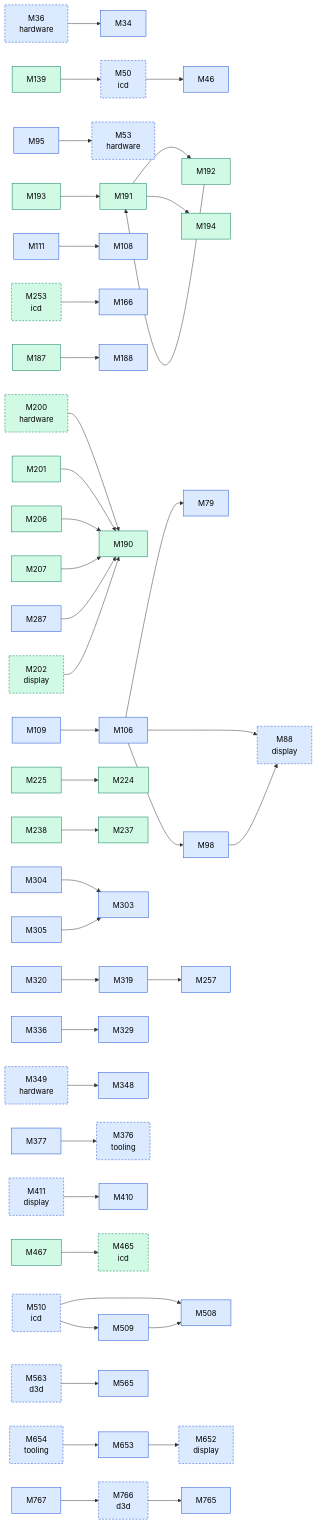
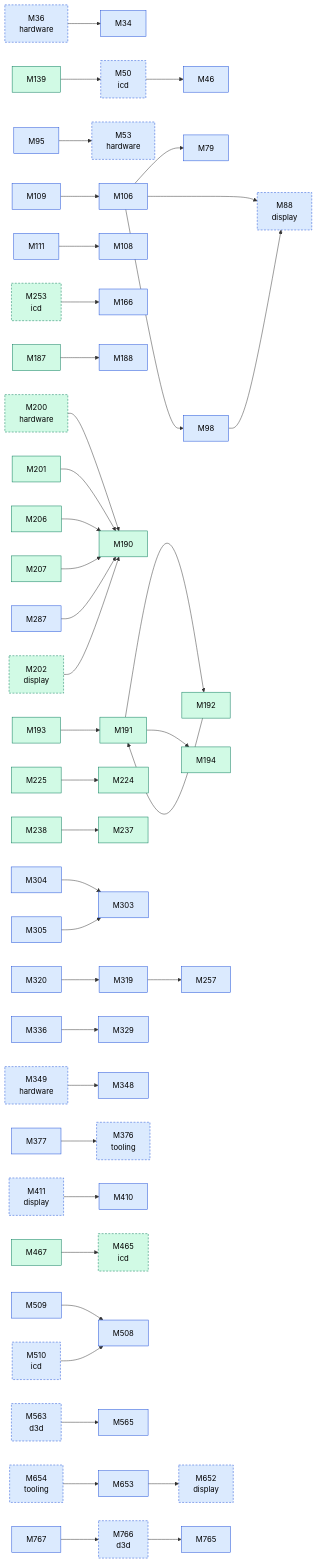
The third of 3 diagrams in docs/facts/graphs/kmd.md (D-Ogi/amdgpu-wddm), drawn with Mermaid before and after one commit. The commit also changed other lines of this file and 5 other files, not shown here.

```diff
--- a/docs/facts/graphs/kmd.md
+++ b/docs/facts/graphs/kmd.md
@@ -313,7 +316,6 @@
   M50 --> M46
   M253 --> M166
   M510 --> M508
-  M510 --> M509
   M563 --> M565
   M766 --> M765
   M654 --> M653
```
